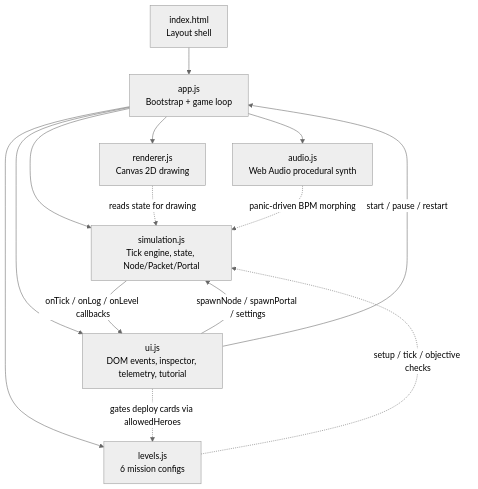
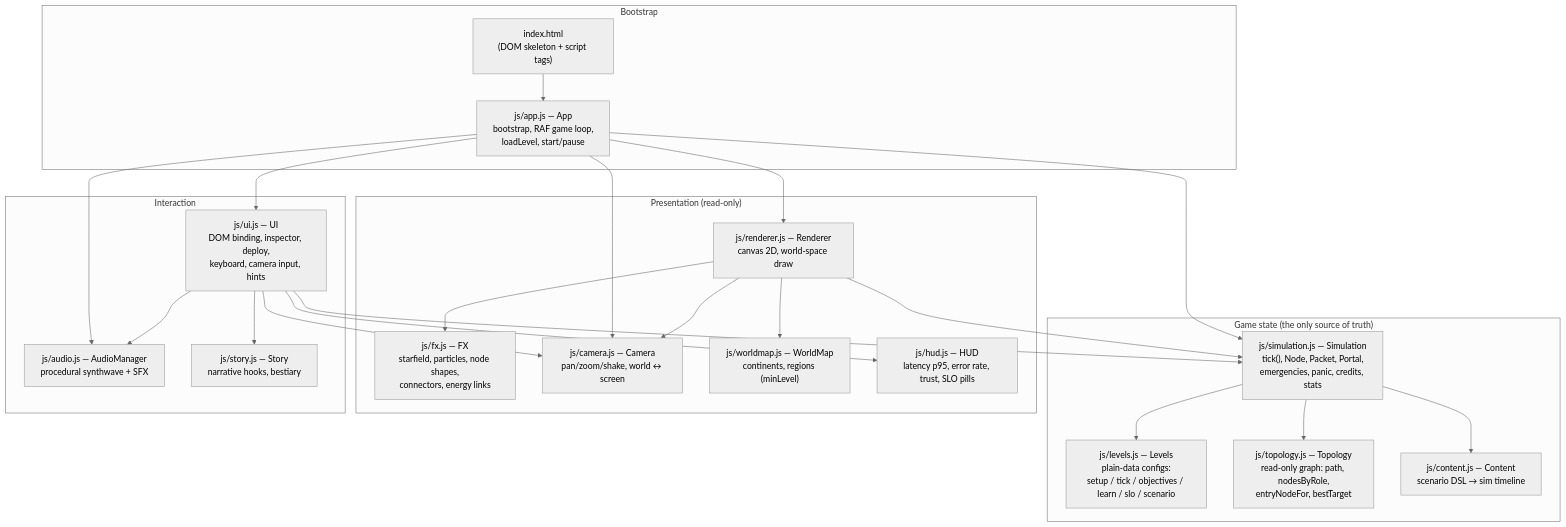
The first of 8 diagrams in docs/architecture.md (bmvanwyk/Architect), drawn with Mermaid (neutral theme) before and after one commit. The commit also changed other lines of this file, not shown here.

Commit message:
docs: architecture.md — module map, tick pipeline, packet state machine, mechanics reference, modification recipes (Mermaid)

````diff
--- a/docs/architecture.md
+++ b/docs/architecture.md
@@ -13,17 +13,47 @@
 ```mermaid
-graph TD
-    A["index.html<br/>Layout shell"] --> B["app.js<br/>Bootstrap + game loop"]
-    B --> C["simulation.js<br/>Tick engine, state, Node/Packet/Portal"]
-    B --> D["renderer.js<br/>Canvas 2D drawing"]
-    B --> E["ui.js<br/>DOM events, inspector, telemetry, tutorial"]
-    B --> F["audio.js<br/>Web Audio procedural synth"]
-    B --> G["levels.js<br/>6 mission configs"]
+flowchart TD
+    subgraph Bootstrap
+        INDEX["index.html<br/>(DOM skeleton + script tags)"]
+        APP["js/app.js — App<br/>bootstrap, RAF game loop,<br/>loadLevel, start/pause"]
+    end
 
-    D -.->|reads state for drawing| C
-    C -->|onTick / onLog / onLevel callbacks| E
-    E -->|spawnNode / spawnPortal / settings| C
-    E -->|start / pause / restart| B
-    F -.->|panic-driven BPM morphing| C
-    G -.->|setup / tick / objective checks| C
-    E -.->|gates deploy cards via allowedHeroes| G
+    subgraph State["Game state (the only source of truth)"]
+        SIM["js/simulation.js — Simulation<br/>tick(), Node, Packet, Portal,<br/>emergencies, panic, credits, stats"]
+        LVL["js/levels.js — Levels<br/>plain-data configs:<br/>setup / tick / objectives / learn / slo / scenario"]
+        TOP["js/topology.js — Topology<br/>read-only graph: path, nodesByRole,<br/>entryNodeFor, bestTarget"]
+        CONTENT["js/content.js — Content<br/>scenario DSL → sim timeline"]
+    end
+
+    subgraph Presentation["Presentation (read-only)"]
+        REN["js/renderer.js — Renderer<br/>canvas 2D, world-space draw"]
+        FX["js/fx.js — FX<br/>starfield, particles, node shapes,<br/>connectors, energy links"]
+        CAM["js/camera.js — Camera<br/>pan/zoom/shake, world ↔ screen"]
+        MAP["js/worldmap.js — WorldMap<br/>continents, regions (minLevel)"]
+        HUD["js/hud.js — HUD<br/>latency p95, error rate, trust, SLO pills"]
+    end
+
+    subgraph Interaction
+        UI["js/ui.js — UI<br/>DOM binding, inspector, deploy,<br/>keyboard, camera input, hints"]
+        AUDIO["js/audio.js — AudioManager<br/>procedural synthwave + SFX"]
+        STORY["js/story.js — Story<br/>narrative hooks, bestiary"]
+    end
+
+    INDEX --> APP
+    APP --> SIM
+    APP --> UI
+    APP --> REN
+    APP --> CAM
+    APP --> AUDIO
+    UI --> SIM
+    UI --> CAM
+    UI --> AUDIO
+    UI --> HUD
+    REN --> FX
+    REN --> CAM
+    REN --> SIM
+    REN --> MAP
+    SIM --> TOP
+    SIM --> CONTENT
+    SIM --> LVL
+    UI --> STORY
 ```
````
